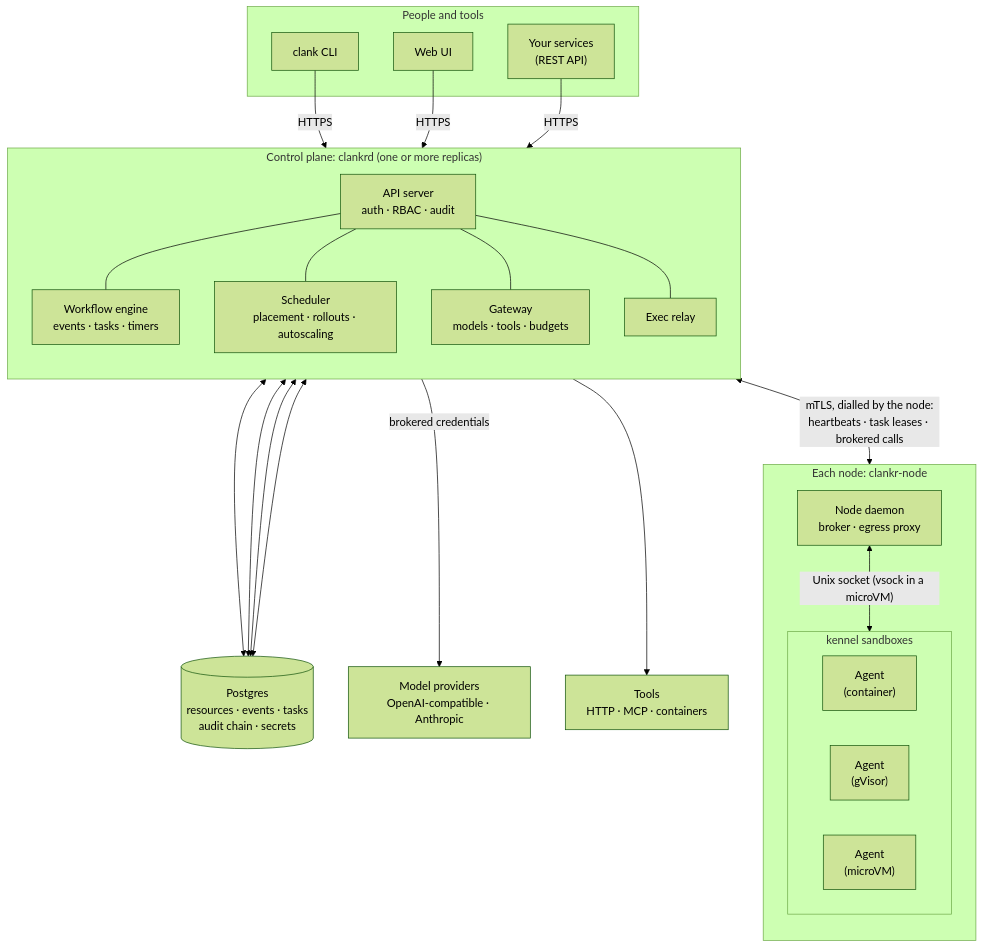
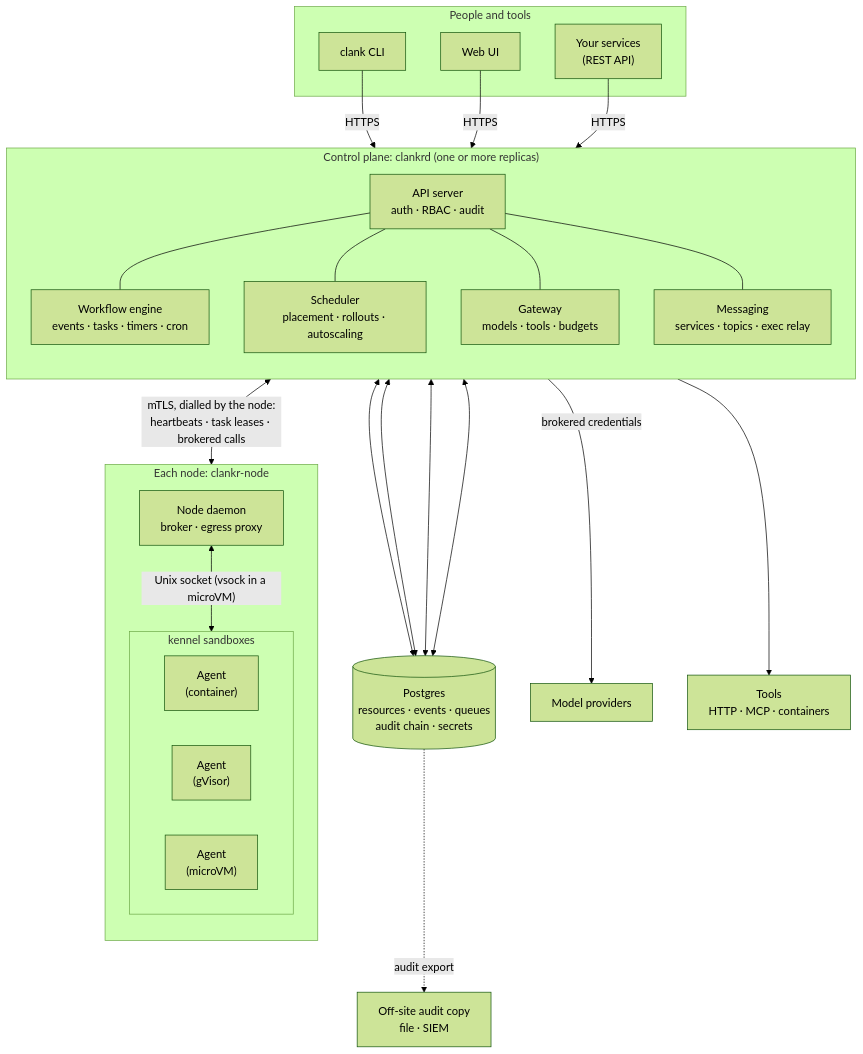
The first of 3 diagrams in README.md (randheer-rk/clankr), drawn with Mermaid (forest theme) before and after one commit. The commit also changed other lines of this file and 2 other files, not shown here.

Commit message:
README: new layout and wordmark; covers messaging, schedules, restart budgets, audit export and KMS

````diff
--- a/README.md
+++ b/README.md
@@ -86,40 +163,42 @@
 ```mermaid
 flowchart TB
     subgraph clients["People and tools"]
         CLI["clank CLI"]
         UI["Web UI"]
         API["Your services<br/>(REST API)"]
     end
 
     subgraph cp["Control plane: clankrd (one or more replicas)"]
         direction TB
         REST["API server<br/>auth · RBAC · audit"]
-        ENG["Workflow engine<br/>events · tasks · timers"]
+        ENG["Workflow engine<br/>events · tasks · timers · cron"]
         SCHED["Scheduler<br/>placement · rollouts · autoscaling"]
         GW["Gateway<br/>models · tools · budgets"]
-        EXEC["Exec relay"]
+        MSG["Messaging<br/>services · topics · exec relay"]
     end
 
-    PG[("Postgres<br/>resources · events · tasks<br/>audit chain · secrets")]
+    PG[("Postgres<br/>resources · events · queues<br/>audit chain · secrets")]
 
     subgraph nd["Each node: clankr-node"]
         direction TB
         DAEMON["Node daemon<br/>broker · egress proxy"]
         subgraph kennel["kennel sandboxes"]
             A1["Agent<br/>(container)"]
             A2["Agent<br/>(gVisor)"]
             A3["Agent<br/>(microVM)"]
         end
     end
 
-    PROV["Model providers<br/>OpenAI-compatible · Anthropic"]
+    PROV["Model providers"]
     TOOLS["Tools<br/>HTTP · MCP · containers"]
+    OFF["Off-site audit copy<br/>file · SIEM"]
 
     CLI & UI & API -->|HTTPS| REST
-    REST --- ENG & SCHED & GW & EXEC
-    ENG & SCHED & GW & EXEC <--> PG
+    REST --- ENG & SCHED & GW & MSG
+    ENG & SCHED & GW & MSG <--> PG
     REST <-->|"mTLS, dialled by the node:<br/>heartbeats · task leases · brokered calls"| DAEMON
     DAEMON <-->|"Unix socket (vsock in a microVM)"| kennel
     GW -->|"brokered credentials"| PROV
     GW --> TOOLS
+    PG -.->|"audit export"| OFF
 ```
````
